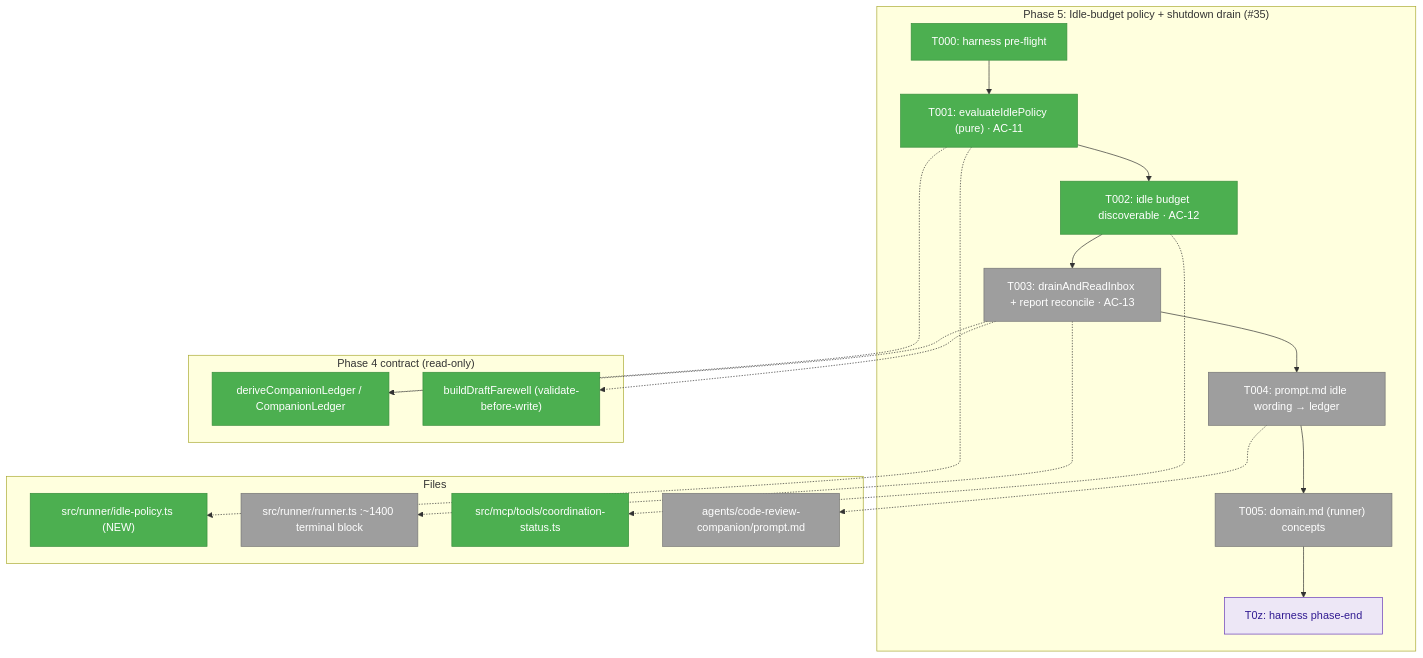
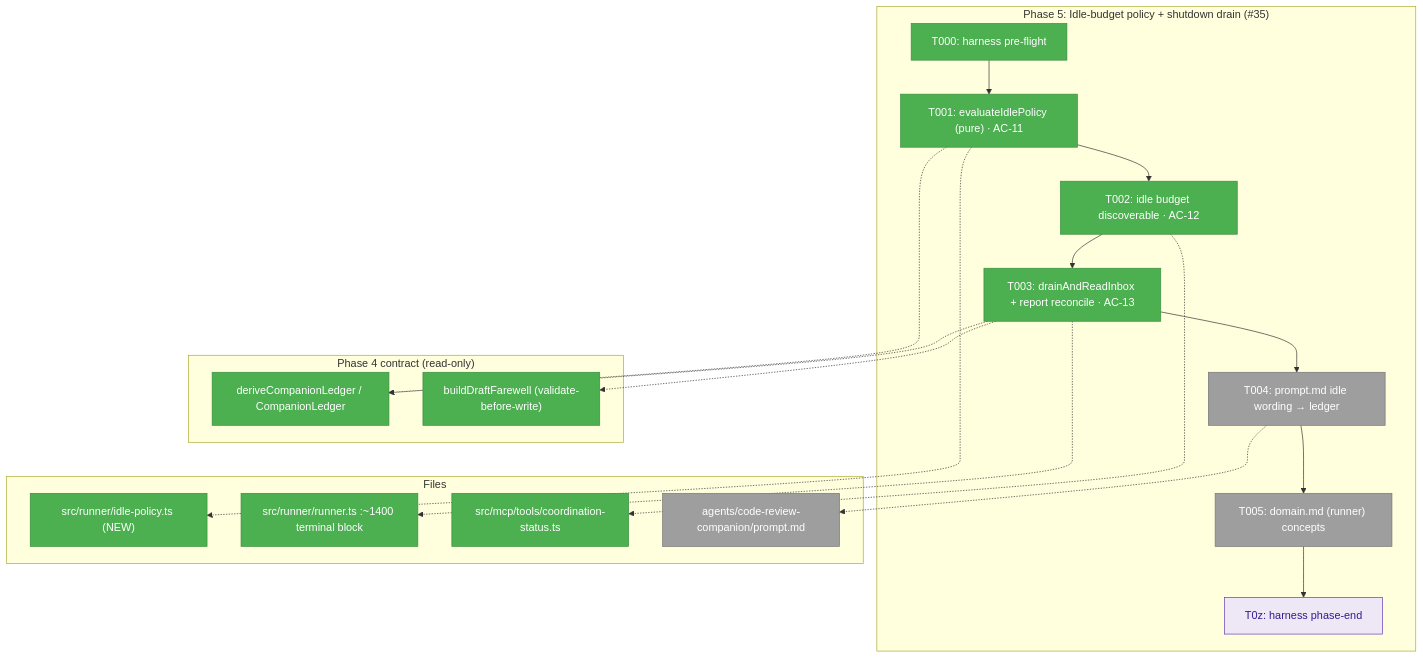
Before and after one commit to AI-Substrate/minih: the first of 3 diagrams in docs/plans/027-companion-coordination/tasks/phase-5-idle-budget-policy-shutdown-drain/tasks.md, drawn with Mermaid. The commit also changed other lines of this file and 5 other files, not shown here.

First line of the commit message:
feat(runner): shutdown drain — capture late inbox messages in report.findings (#35, AC-13)

````diff
--- a/docs/plans/027-companion-coordination/tasks/phase-5-idle-budget-policy-shutdown-drain/tasks.md
+++ b/docs/plans/027-companion-coordination/tasks/phase-5-idle-budget-policy-shutdown-drain/tasks.md
@@ -149,37 +149,37 @@
 ```mermaid
 flowchart TD
     classDef pending fill:#9E9E9E,stroke:#757575,color:#fff
     classDef completed fill:#4CAF50,stroke:#388E3C,color:#fff
     classDef seam fill:#EDE7F6,stroke:#673AB7,color:#311B92
 
     subgraph Phase["Phase 5: Idle-budget policy + shutdown drain (#35)"]
         T000["T000: harness pre-flight"]:::completed
         T001["T001: evaluateIdlePolicy (pure) · AC-11"]:::completed
         T002["T002: idle budget discoverable · AC-12"]:::completed
-        T003["T003: drainAndReadInbox + report reconcile · AC-13"]:::pending
+        T003["T003: drainAndReadInbox + report reconcile · AC-13"]:::completed
         T004["T004: prompt.md idle wording → ledger"]:::pending
         T005["T005: domain.md (runner) concepts"]:::pending
         T0z["T0z: harness phase-end"]:::seam
         T000 --> T001 --> T002 --> T003 --> T004 --> T005 --> T0z
     end
 
     subgraph Consumes["Phase 4 contract (read-only)"]
         L["deriveCompanionLedger / CompanionLedger"]:::completed
         B["buildDraftFarewell (validate-before-write)"]:::completed
     end
 
     subgraph Files["Files"]
         F1["src/runner/idle-policy.ts (NEW)"]:::completed
-        F2["src/runner/runner.ts :~1400 terminal block"]:::pending
+        F2["src/runner/runner.ts :~1400 terminal block"]:::completed
         F3["src/mcp/tools/coordination-status.ts"]:::completed
         F4["agents/code-review-companion/prompt.md"]:::pending
     end
 
     T001 -.-> F1
     T001 -.-> L
     T002 -.-> F3
     T003 -.-> F2
     T003 -.-> L
     T003 -.-> B
     T004 -.-> F4
 ```
````
